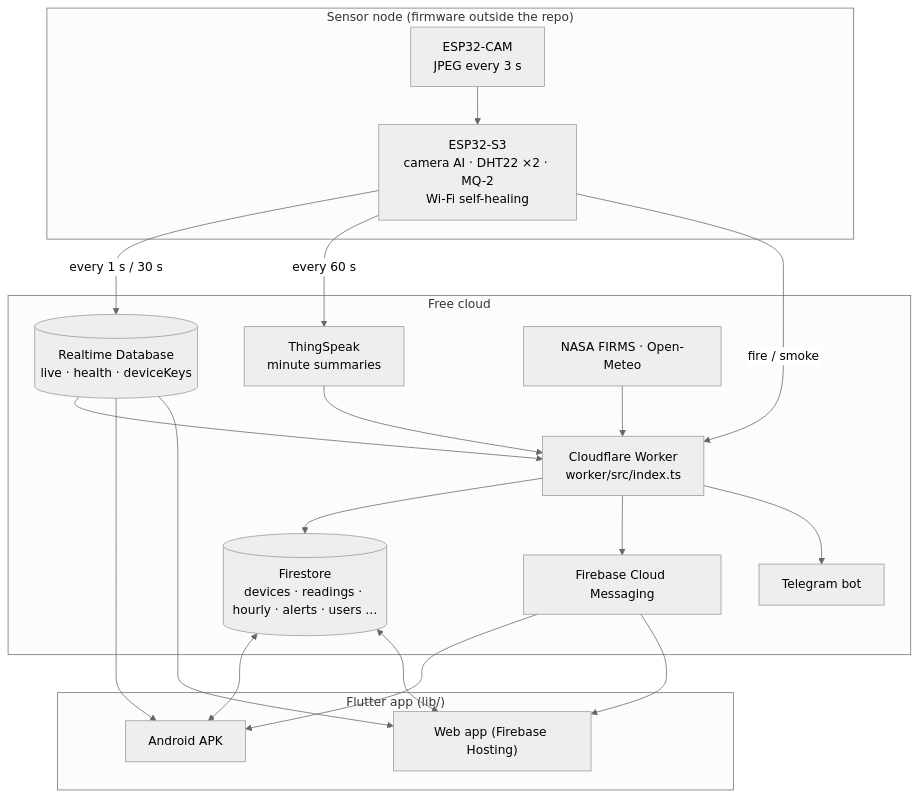
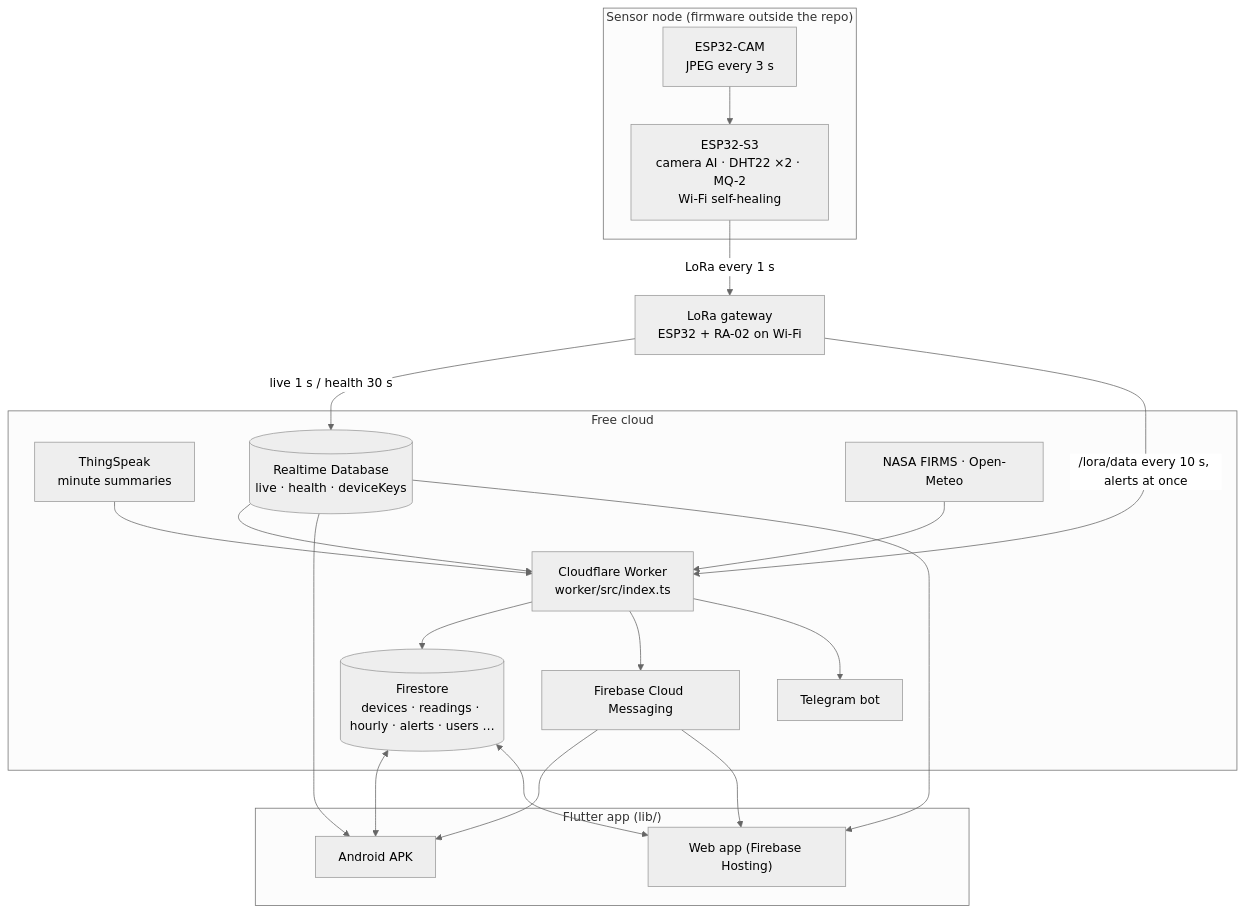
One commit to surendar-77/forest-fire-monitor-source changed the first of 2 diagrams in ARCHITECTURE.md. Above: the diagram before and after it, drawn with Mermaid (neutral theme). The commit also changed 9 other files, not shown here.

Commit message:
LoRa-only sensor node: the gateway writes live data and health, the backend runs the same rules on LoRa readings; app shows the LoRa link

````diff
--- a/ARCHITECTURE.md
+++ b/ARCHITECTURE.md
@@ -5,35 +5,35 @@
 ```mermaid
 flowchart TB
     subgraph Node["Sensor node (firmware outside the repo)"]
         CAM["ESP32-CAM<br/>JPEG every 3 s"]
         S3["ESP32-S3<br/>camera AI · DHT22 ×2 · MQ-2<br/>Wi-Fi self-healing"]
         CAM --> S3
     end
     subgraph Cloud["Free cloud"]
         TS["ThingSpeak<br/>minute summaries"]
         RTDB[("Realtime Database<br/>live · health · deviceKeys")]
         W["Cloudflare Worker<br/>worker/src/index.ts"]
         FS[("Firestore<br/>devices · readings · hourly · alerts · users …")]
         FCM["Firebase Cloud Messaging"]
         TG["Telegram bot"]
         EXT["NASA FIRMS · Open-Meteo"]
     end
     subgraph Apps["Flutter app (lib/)"]
         AND["Android APK"]
         WEB["Web app (Firebase Hosting)"]
     end
-    S3 -- every 1 s / 30 s --> RTDB
-    S3 -- every 60 s --> TS
-    S3 -- fire / smoke --> W
+    S3 -- LoRa every 1 s --> GW["LoRa gateway<br/>ESP32 + RA-02 on Wi-Fi"]
+    GW -- live 1 s / health 30 s --> RTDB
+    GW -- /lora/data every 10 s, alerts at once --> W
     TS --> W
     RTDB --> W
     EXT --> W
     W --> FS
     W --> FCM --> AND
     FCM --> WEB
     W --> TG
     FS <--> AND
     FS <--> WEB
     RTDB --> AND
     RTDB --> WEB
 ```
````
